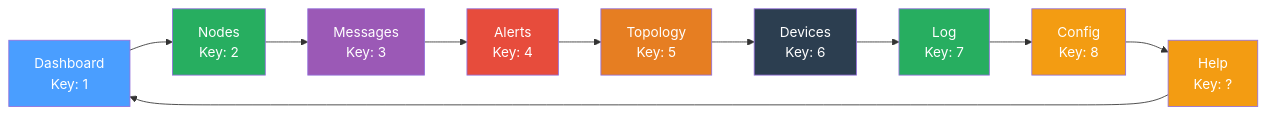
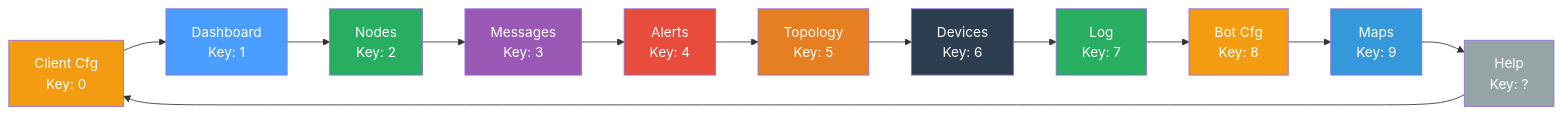
The fifth of 5 diagrams in README.md (Nursedude/meshing_around_meshforge), drawn with Mermaid before and after one commit. The commit also changed other lines of this file, not shown here.

First line of the commit message:
docs: update README for 790 tests, 10 screens, chunk reassembly, dual config editors

````diff
--- a/README.md
+++ b/README.md
@@ -550,22 +559,26 @@
 ```mermaid
 graph LR
-    D[Dashboard<br/>Key: 1] --> N[Nodes<br/>Key: 2]
+    CC[Client Cfg<br/>Key: 0] --> D[Dashboard<br/>Key: 1]
+    D --> N[Nodes<br/>Key: 2]
     N --> M[Messages<br/>Key: 3]
     M --> A[Alerts<br/>Key: 4]
     A --> T[Topology<br/>Key: 5]
     T --> DV[Devices<br/>Key: 6]
     DV --> L[Log<br/>Key: 7]
-    L --> CF[Config<br/>Key: 8]
-    CF --> H[Help<br/>Key: ?]
-    H --> D
+    L --> BC[Bot Cfg<br/>Key: 8]
+    BC --> MP[Maps<br/>Key: 9]
+    MP --> H[Help<br/>Key: ?]
+    H --> CC
 
+    style CC fill:#f39c12,color:#fff
     style D fill:#4a9eff,color:#fff
     style N fill:#27ae60,color:#fff
     style M fill:#9b59b6,color:#fff
     style A fill:#e74c3c,color:#fff
     style T fill:#e67e22,color:#fff
     style DV fill:#2c3e50,color:#fff
     style L fill:#27ae60,color:#fff
-    style CF fill:#f39c12,color:#fff
-    style H fill:#f39c12,color:#fff
+    style BC fill:#f39c12,color:#fff
+    style MP fill:#3498db,color:#fff
+    style H fill:#95a5a6,color:#fff
 ```
````
